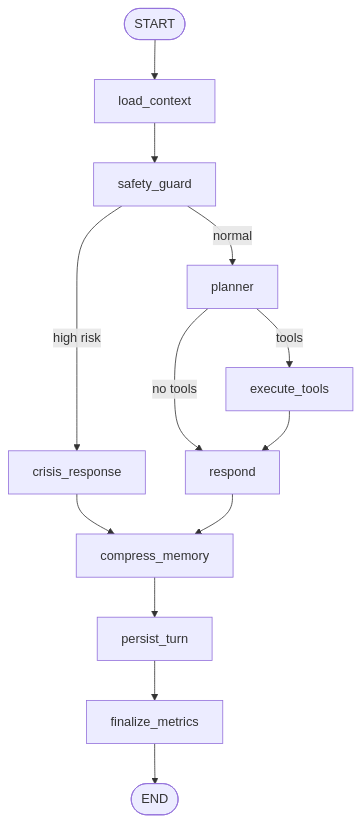
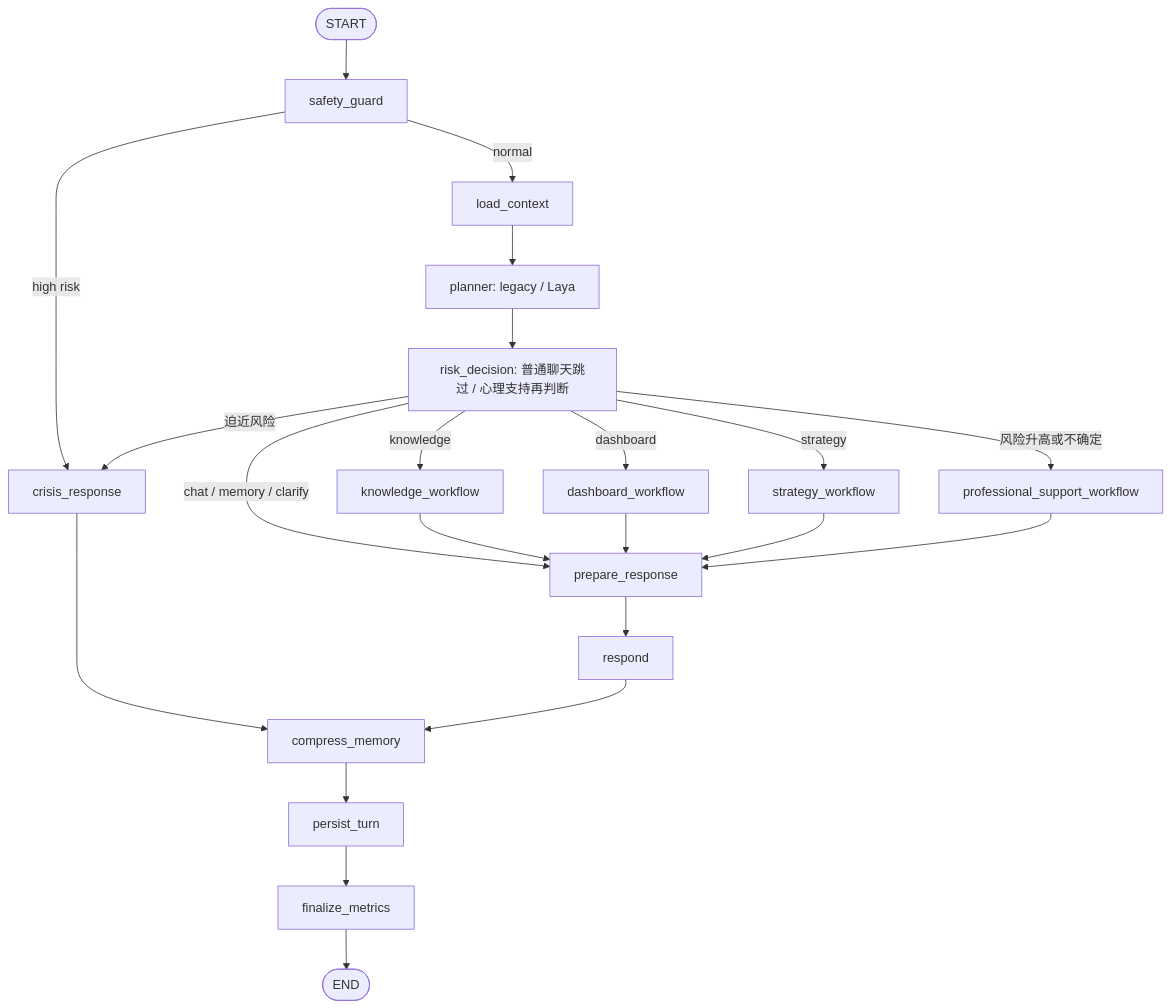
Before and after one commit to Vaniloo/psych-agent-engineering: the first of 2 diagrams in docs/architecture.md, drawn with Mermaid. The commit also changed other lines of this file and 38 other files, not shown here.

````diff
--- a/docs/architecture.md
+++ b/docs/architecture.md
@@ -20,15 +21,24 @@
 ```mermaid
 flowchart TD
-    S([START]) --> C[load_context]
-    C --> G[safety_guard]
+    S([START]) --> G[safety_guard]
     G -->|high risk| CR[crisis_response]
-    G -->|normal| P[planner]
-    P -->|tools| T[execute_tools]
-    P -->|no tools| R[respond]
-    T --> R
+    G -->|normal| C[load_context]
+    C --> P[planner: legacy / Laya]
+    P --> JD[risk_decision: 普通聊天跳过 / 心理支持再判断]
+    JD -->|knowledge| K[knowledge_workflow]
+    JD -->|dashboard| D[dashboard_workflow]
+    JD -->|strategy| A[strategy_workflow]
+    JD -->|风险升高或不确定| H[professional_support_workflow]
+    JD -->|迫近风险| CR
+    JD -->|chat / memory / clarify| V[prepare_response]
+    K --> V
+    D --> V
+    A --> V
+    H --> V
+    V --> R[respond]
     CR --> M[compress_memory]
     R --> M
     M --> DB[persist_turn]
     DB --> OM[finalize_metrics]
     OM --> E([END])
 ```
````
